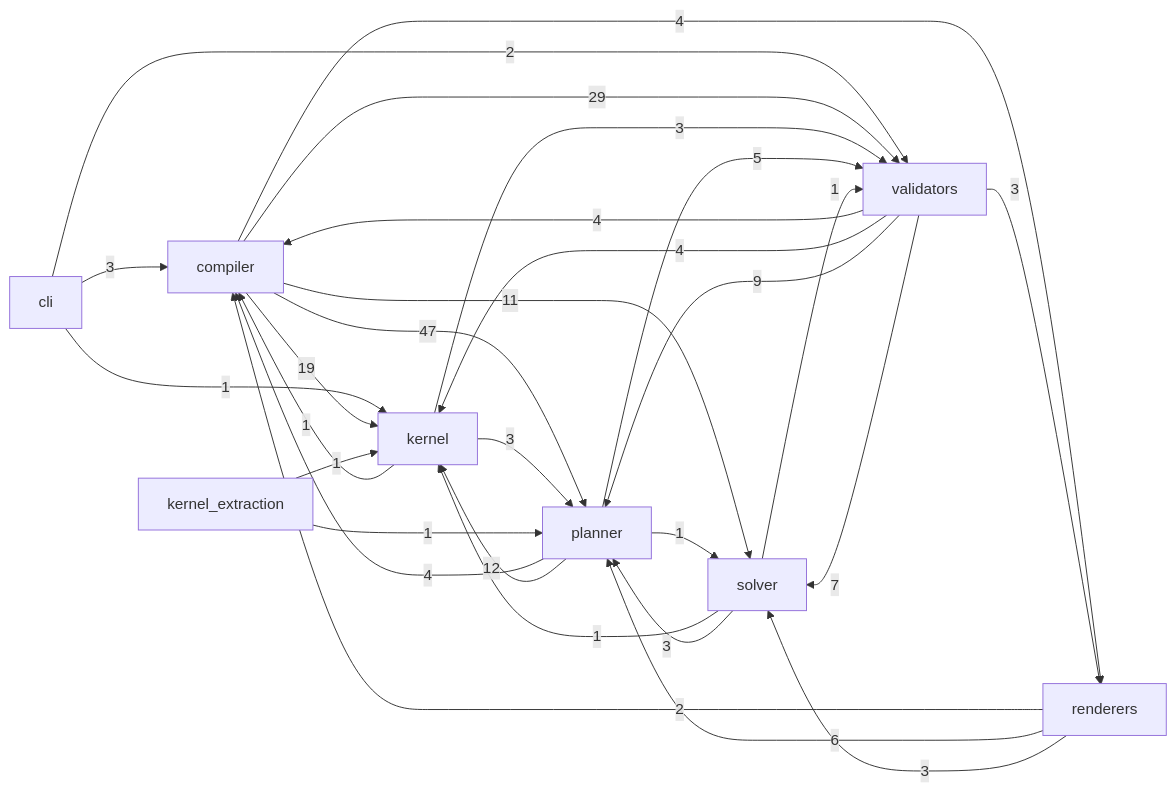
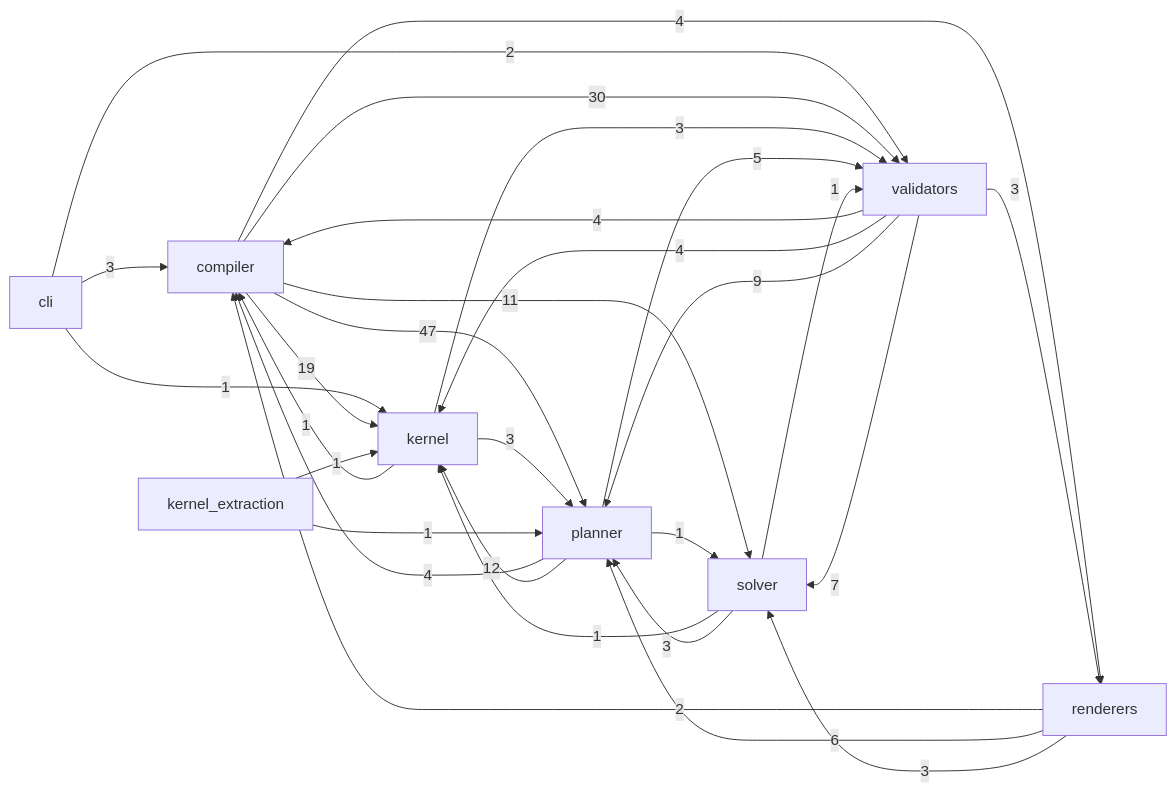
One commit to Kingsley-Cyber/cinematic-compiler-core changed the diagram in docs/reference/code.md. Above: the diagram before and after it, drawn with Mermaid. The commit also changed other lines of this file and 27 other files, not shown here.

````diff
--- a/docs/reference/code.md
+++ b/docs/reference/code.md
@@ -15,31 +15,31 @@
 ```mermaid
 flowchart LR
   cli -->|3| compiler
   cli -->|1| kernel
   cli -->|2| validators
   compiler -->|19| kernel
   compiler -->|47| planner
   compiler -->|4| renderers
   compiler -->|11| solver
-  compiler -->|29| validators
+  compiler -->|30| validators
   kernel -->|1| compiler
   kernel -->|3| planner
   kernel -->|3| validators
   kernel_extraction -->|1| kernel
   kernel_extraction -->|1| planner
   planner -->|4| compiler
   planner -->|12| kernel
   planner -->|1| solver
   planner -->|5| validators
   renderers -->|2| compiler
   renderers -->|6| planner
   renderers -->|3| solver
   solver -->|1| kernel
   solver -->|3| planner
   solver -->|1| validators
   validators -->|4| compiler
   validators -->|4| kernel
   validators -->|9| planner
   validators -->|3| renderers
   validators -->|7| solver
 ```
````
